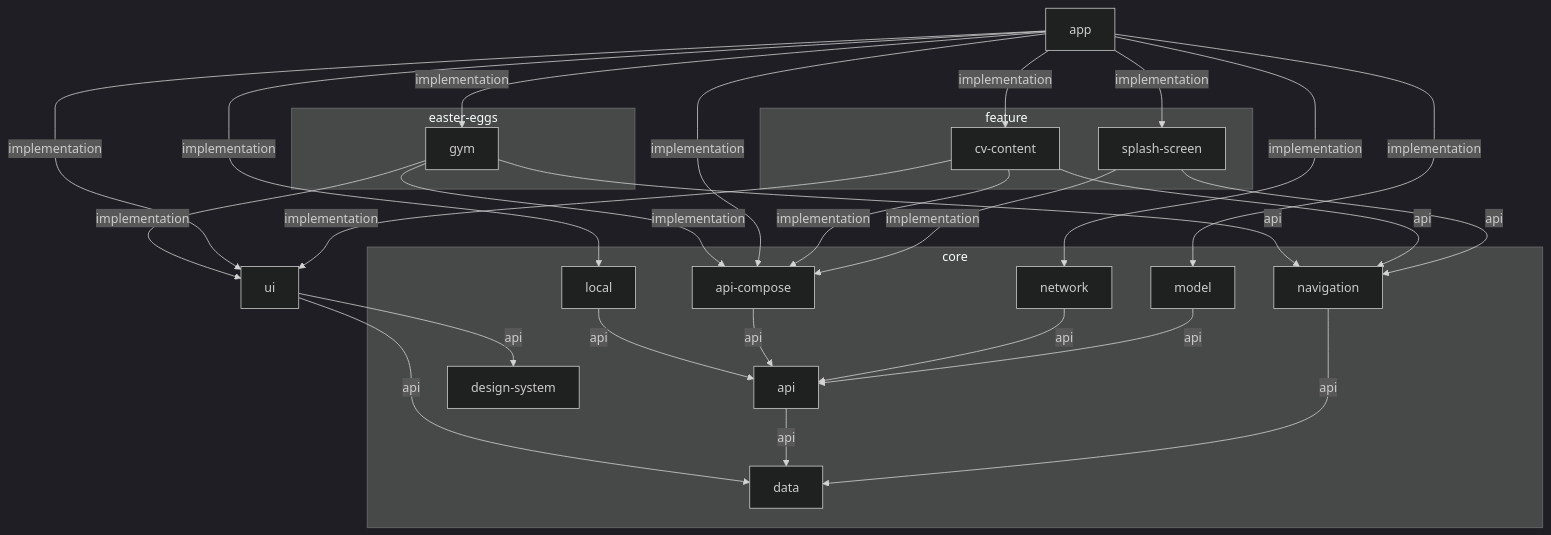
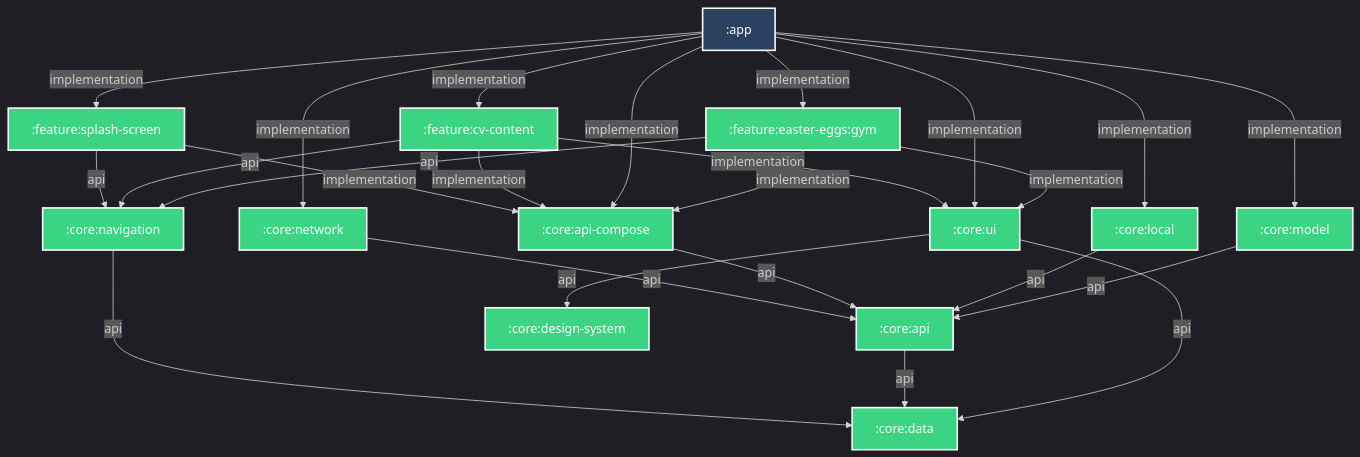
One commit to Dussim/cv-app changed the diagram in README.md. Above: the diagram before and after it, drawn with Mermaid. The commit also changed 34 other files, not shown here.

````diff
--- a/README.md
+++ b/README.md
@@ -3,52 +3,50 @@
 ```mermaid
 %%{
   init: {
     'theme': 'dark'
   }
 }%%
 
 graph TB
+  :core:navigation -- api --> :core:data
+  :core:network -- api --> :core:api
+  :core:api-compose -- api --> :core:api
+  :core:api -- api --> :core:data
+  :feature:splash-screen -- api --> :core:navigation
+  :feature:splash-screen -- implementation --> :core:api-compose
+  :core:local -- api --> :core:api
+  :core:ui -- api --> :core:data
+  :core:ui -- api --> :core:design-system
+  :feature:cv-content -- api --> :core:navigation
+  :feature:cv-content -- implementation --> :core:api-compose
+  :feature:cv-content -- implementation --> :core:ui
+  :app -- implementation --> :core:api-compose
+  :app -- implementation --> :core:ui
+  :app -- implementation --> :core:model
+  :app -- implementation --> :core:local
+  :app -- implementation --> :core:network
+  :app -- implementation --> :feature:splash-screen
+  :app -- implementation --> :feature:cv-content
+  :app -- implementation --> :feature:easter-eggs:gym
+  :core:model -- api --> :core:api
+  :feature:easter-eggs:gym -- api --> :core:navigation
+  :feature:easter-eggs:gym -- implementation --> :core:api-compose
+  :feature:easter-eggs:gym -- implementation --> :core:ui
 
-  subgraph core
-    api
-    api-compose
-    data
-    design-system
-    local
-    model
-    navigation
-    network
-  end
-  subgraph feature
-    cv-content
-    splash-screen
-  end
-  subgraph easter-eggs
-    gym
-  end
-  model -- api --> api
-  navigation -- api --> data
-  api -- api --> data
-  network -- api --> api
-  api-compose -- api --> api
-  splash-screen -- api --> navigation
-  splash-screen -- implementation --> api-compose
-  local -- api --> api
-  cv-content -- api --> navigation
-  cv-content -- implementation --> api-compose
-  cv-content -- implementation --> ui
-  ui -- api --> data
-  ui -- api --> design-system
-  app -- implementation --> api-compose
-  app -- implementation --> ui
-  app -- implementation --> model
-  app -- implementation --> local
-  app -- implementation --> network
-  app -- implementation --> splash-screen
-  app -- implementation --> cv-content
-  app -- implementation --> gym
-  gym -- api --> navigation
-  gym -- implementation --> api-compose
-  gym -- implementation --> ui
+classDef android-library fill:#3BD482,stroke:#fff,stroke-width:2px,color:#fff;
+classDef android-application fill:#2C4162,stroke:#fff,stroke-width:2px,color:#fff;
+class :core:navigation android-library
+class :core:data android-library
+class :core:network android-library
+class :core:api android-library
+class :core:api-compose android-library
+class :feature:splash-screen android-library
+class :core:local android-library
+class :core:ui android-library
+class :core:design-system android-library
+class :feature:cv-content android-library
+class :app android-application
+class :core:model android-library
+class :feature:easter-eggs:gym android-library
 
 ```
````
